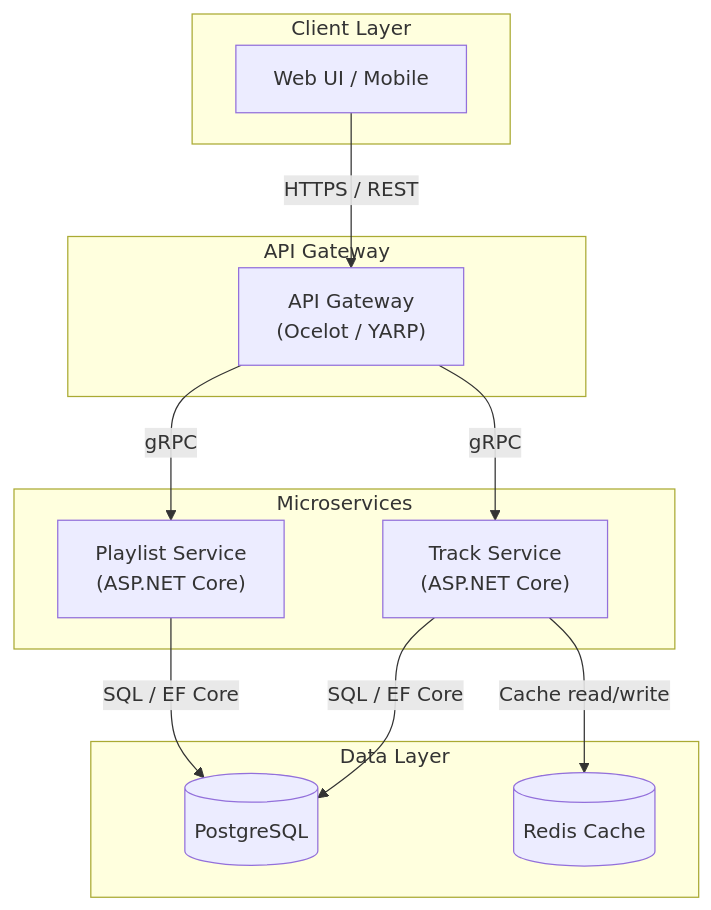
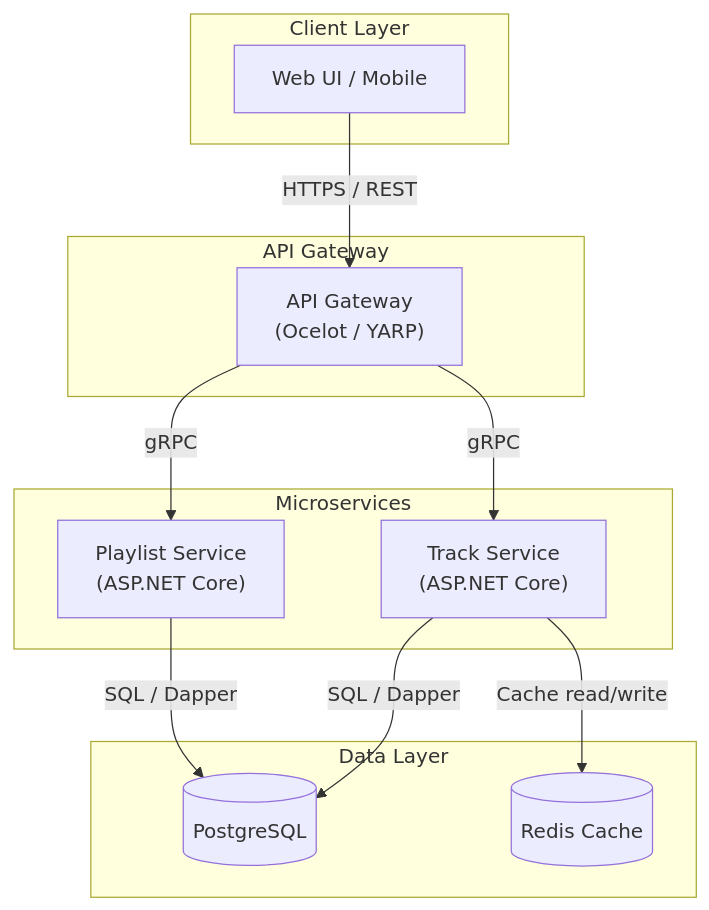
One commit to kumaran-naidoo-derivco/jamtrack-radio changed the diagram in .claude/skills/arch-diagram/SKILL.md. Above: the diagram before and after it, drawn with Mermaid. The commit also changed 5 other files, not shown here.

First line of the commit message:
docs: replace Entity Framework Core with Dapper + FluentMigrator throughout

````diff
--- a/.claude/skills/arch-diagram/SKILL.md
+++ b/.claude/skills/arch-diagram/SKILL.md
@@ -28,27 +28,27 @@
 ```mermaid
 flowchart TD
     subgraph Client["Client Layer"]
         UI["Web UI / Mobile"]
     end
 
     subgraph API["API Gateway"]
         GW["API Gateway\n(Ocelot / YARP)"]
     end
 
     subgraph Services["Microservices"]
         PS["Playlist Service\n(ASP.NET Core)"]
         TS["Track Service\n(ASP.NET Core)"]
     end
 
     subgraph Data["Data Layer"]
         DB[("PostgreSQL")]
         CACHE[("Redis Cache")]
     end
 
     UI -->|"HTTPS / REST"| GW
     GW -->|"gRPC"| PS
     GW -->|"gRPC"| TS
-    PS -->|"SQL / EF Core"| DB
-    TS -->|"SQL / EF Core"| DB
+    PS -->|"SQL / Dapper"| DB
+    TS -->|"SQL / Dapper"| DB
     TS -->|"Cache read/write"| CACHE
 ```
````
